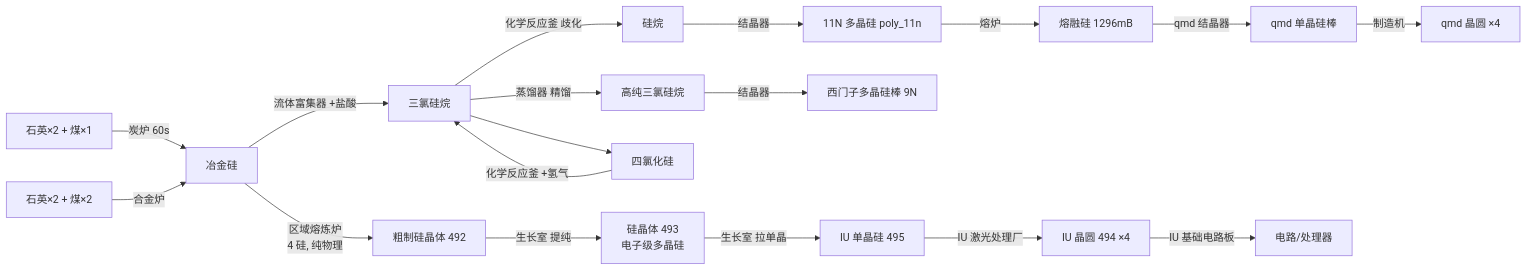
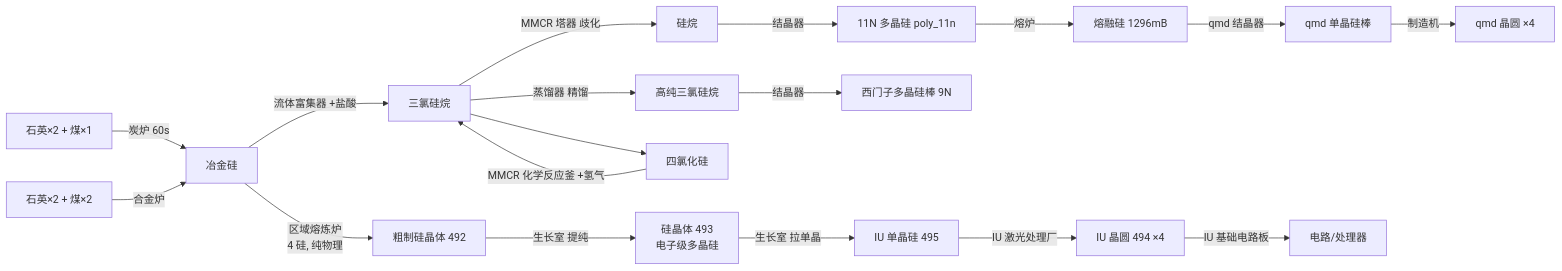
Before and after one commit to 1376127612/Sink-Journey: the diagram in kubejs/docs/SILICON_WAFER_LINE.md, drawn with Mermaid. The commit also changed other lines of this file and 98 other files, not shown here.

````diff
--- a/kubejs/docs/SILICON_WAFER_LINE.md
+++ b/kubejs/docs/SILICON_WAFER_LINE.md
@@ -21,20 +21,20 @@
 ```mermaid
 graph LR
     A[石英×2 + 煤×1] -->|炭炉 60s| B[冶金硅]
     A2[石英×2 + 煤×2] -->|合金炉| B
     B -->|区域熔炼炉<br/>4 硅, 纯物理| P[粗制硅晶体 492]
     P -->|生长室 提纯| Q[硅晶体 493<br/>电子级多晶硅]
     B -->|流体富集器 +盐酸| C[三氯硅烷]
-    C -->|化学反应釜 歧化| D[硅烷]
+    C -->|MMCR 塔器 歧化| D[硅烷]
     C --> E[四氯化硅]
-    E -->|化学反应釜 +氢气| C
+    E -->|MMCR 化学反应釜 +氢气| C
     D -->|结晶器| Q2[11N 多晶硅 poly_11n]
     C -->|蒸馏器 精馏| C2[高纯三氯硅烷]
     C2 -->|结晶器| S2[西门子多晶硅棒 9N]
     Q2 -->|熔炉| H[熔融硅 1296mB]
     H -->|qmd 结晶器| I[qmd 单晶硅棒]
     I -->|制造机| J[qmd 晶圆 ×4]
     Q -->|生长室 拉单晶| K[IU 单晶硅 495]
     K -->|IU 激光处理厂| L[IU 晶圆 494 ×4]
     L -->|IU 基础电路板| M[电路/处理器]
 ```
````
